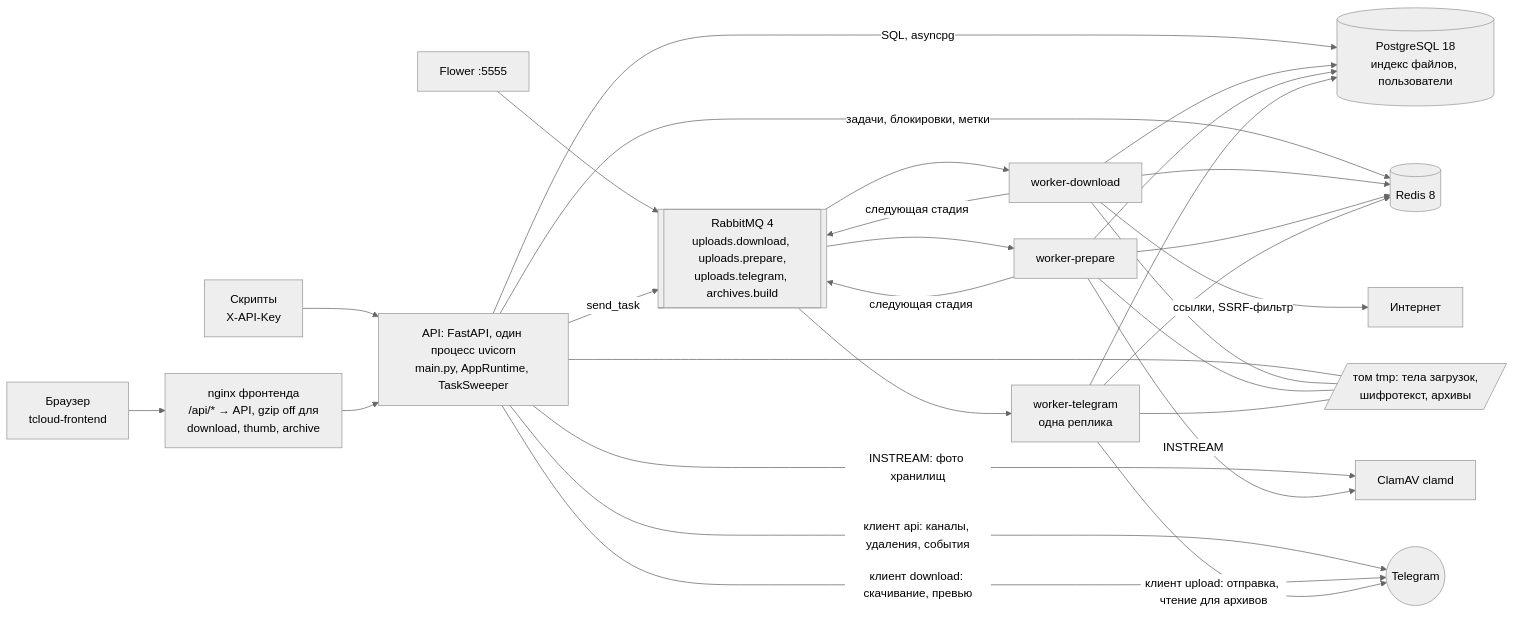
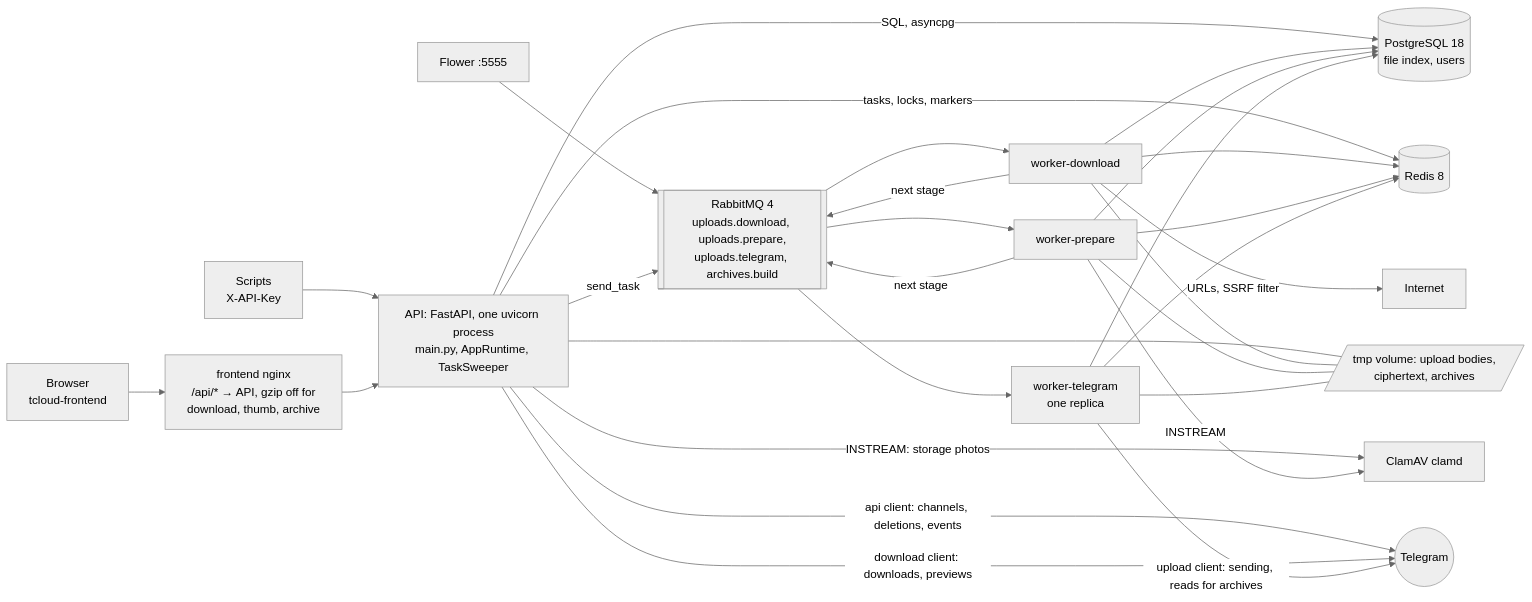
Before and after one commit to NikitkaZXC/tcloud-backend: the first of 2 diagrams in docs/architecture.md, drawn with Mermaid (neutral theme). The commit also changed other lines of this file and 20 other files, not shown here.

````diff
--- a/docs/architecture.md
+++ b/docs/architecture.md
@@ -5,23 +5,23 @@
 ```mermaid
 flowchart LR
-    browser["Браузер<br/>tcloud-frontend"] --> nginx["nginx фронтенда<br/>/api/* → API, gzip off для<br/>download, thumb, archive"]
-    script["Скрипты<br/>X-API-Key"] --> api
-    nginx --> api["API: FastAPI, один процесс uvicorn<br/>main.py, AppRuntime, TaskSweeper"]
+    browser["Browser<br/>tcloud-frontend"] --> nginx["frontend nginx<br/>/api/* → API, gzip off for<br/>download, thumb, archive"]
+    script["Scripts<br/>X-API-Key"] --> api
+    nginx --> api["API: FastAPI, one uvicorn process<br/>main.py, AppRuntime, TaskSweeper"]
     flower["Flower :5555"] --> mq
-    api -- "SQL, asyncpg" --> pg[("PostgreSQL 18<br/>индекс файлов, пользователи")]
-    api -- "задачи, блокировки, метки" --> redis[("Redis 8")]
+    api -- "SQL, asyncpg" --> pg[("PostgreSQL 18<br/>file index, users")]
+    api -- "tasks, locks, markers" --> redis[("Redis 8")]
     api -- "send_task" --> mq[["RabbitMQ 4<br/>uploads.download, uploads.prepare,<br/>uploads.telegram, archives.build"]]
-    api -- "INSTREAM: фото хранилищ" --> clam["ClamAV clamd"]
-    api -- "клиент api: каналы, удаления, события" --> tg(("Telegram"))
-    api -- "клиент download: скачивание, превью" --> tg
+    api -- "INSTREAM: storage photos" --> clam["ClamAV clamd"]
+    api -- "api client: channels, deletions, events" --> tg(("Telegram"))
+    api -- "download client: downloads, previews" --> tg
     mq --> wd["worker-download"]
     mq --> wp["worker-prepare"]
-    mq --> wt["worker-telegram<br/>одна реплика"]
-    wd -- "ссылки, SSRF-фильтр" --> web["Интернет"]
+    mq --> wt["worker-telegram<br/>one replica"]
+    wd -- "URLs, SSRF filter" --> web["Internet"]
     wp -- "INSTREAM" --> clam
-    wt -- "клиент upload: отправка, чтение для архивов" --> tg
-    wd & wp -- "следующая стадия" --> mq
+    wt -- "upload client: sending, reads for archives" --> tg
+    wd & wp -- "next stage" --> mq
     wd & wp & wt --> redis
     wd & wp & wt --> pg
-    api & wd & wp & wt --- tmp[/"том tmp: тела загрузок,<br/>шифротекст, архивы"/]
+    api & wd & wp & wt --- tmp[/"tmp volume: upload bodies,<br/>ciphertext, archives"/]
 ```
````
